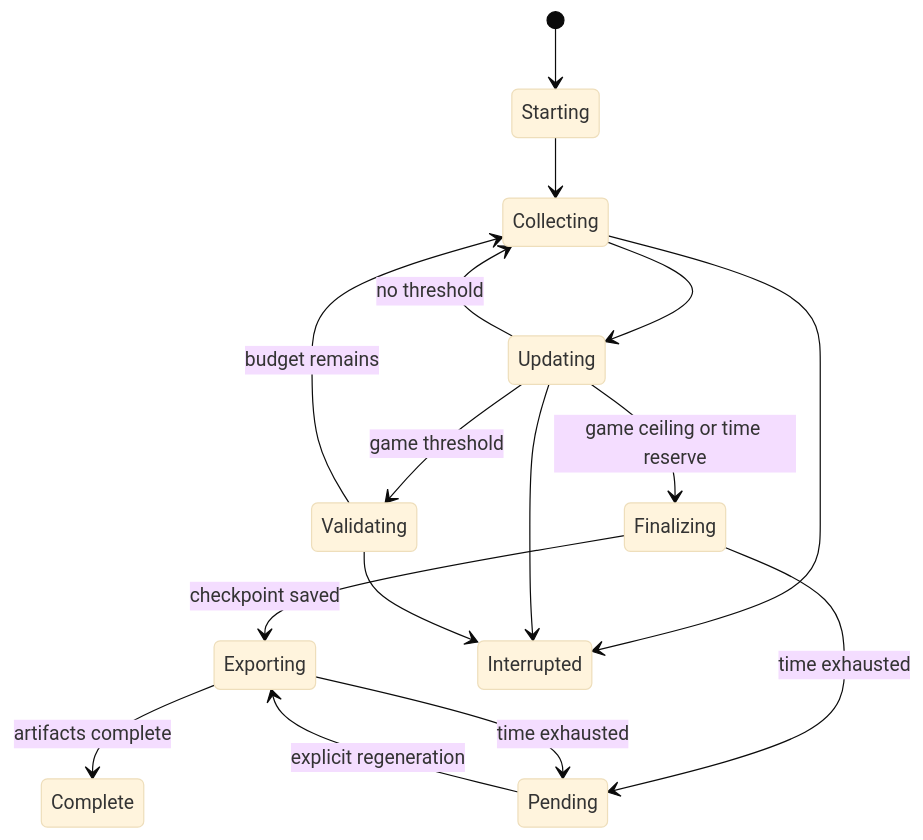
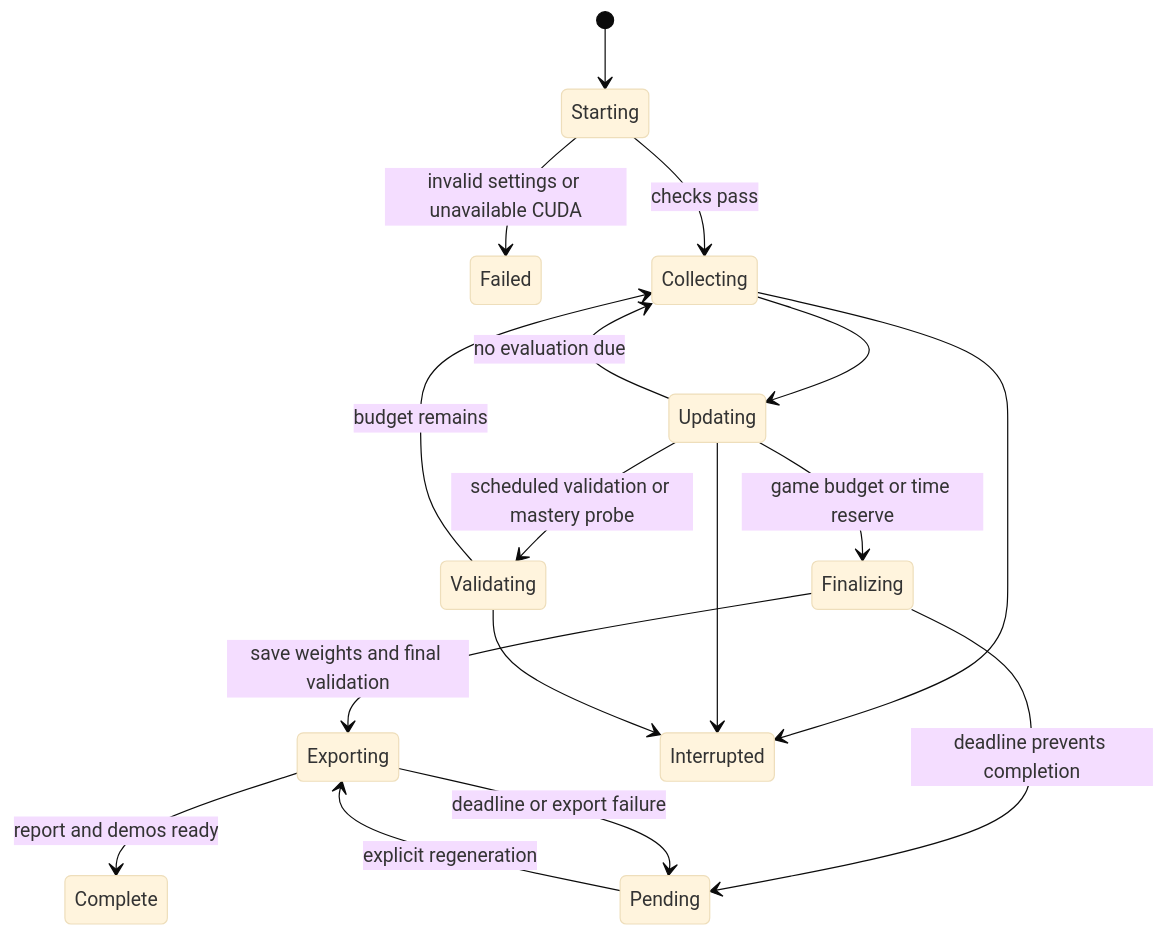
The fifth of 5 diagrams in docs/architecture.md (Comb1e/RL-Pvz), drawn with Mermaid (base theme) before and after one commit. The commit also changed other lines of this file and 49 other files, not shown here.

````diff
--- a/docs/architecture.md
+++ b/docs/architecture.md
@@ -142,18 +161,19 @@
 ```mermaid
 stateDiagram-v2
     [*] --> Starting
-    Starting --> Collecting
+    Starting --> Failed: invalid settings or unavailable CUDA
+    Starting --> Collecting: checks pass
     Collecting --> Updating
-    Updating --> Validating: game threshold
+    Updating --> Validating: scheduled validation or mastery probe
     Validating --> Collecting: budget remains
-    Updating --> Collecting: no threshold
-    Updating --> Finalizing: game ceiling or time reserve
-    Finalizing --> Exporting: checkpoint saved
-    Exporting --> Complete: artifacts complete
-    Finalizing --> Pending: time exhausted
-    Exporting --> Pending: time exhausted
+    Updating --> Collecting: no evaluation due
+    Updating --> Finalizing: game budget or time reserve
+    Finalizing --> Exporting: save weights and final validation
+    Exporting --> Complete: report and demos ready
+    Finalizing --> Pending: deadline prevents completion
+    Exporting --> Pending: deadline or export failure
     Collecting --> Interrupted
     Updating --> Interrupted
     Validating --> Interrupted
     Pending --> Exporting: explicit regeneration
 ```
````
